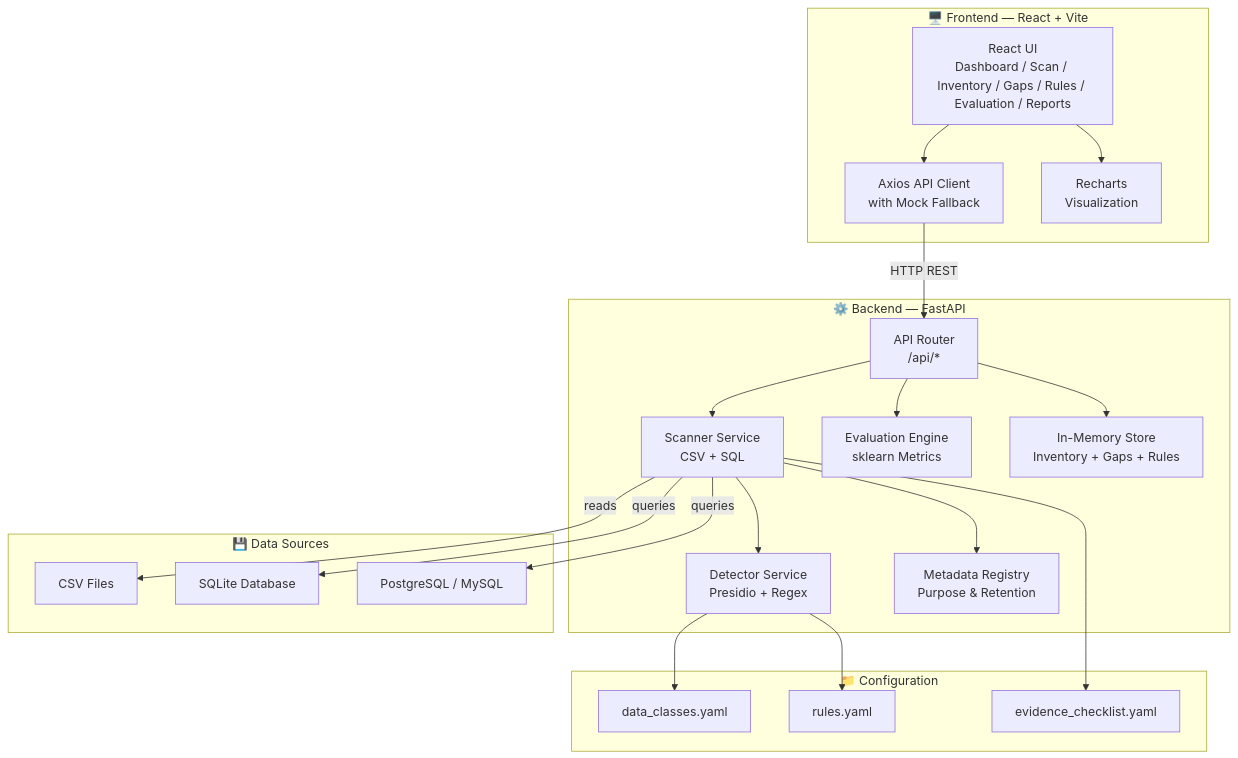
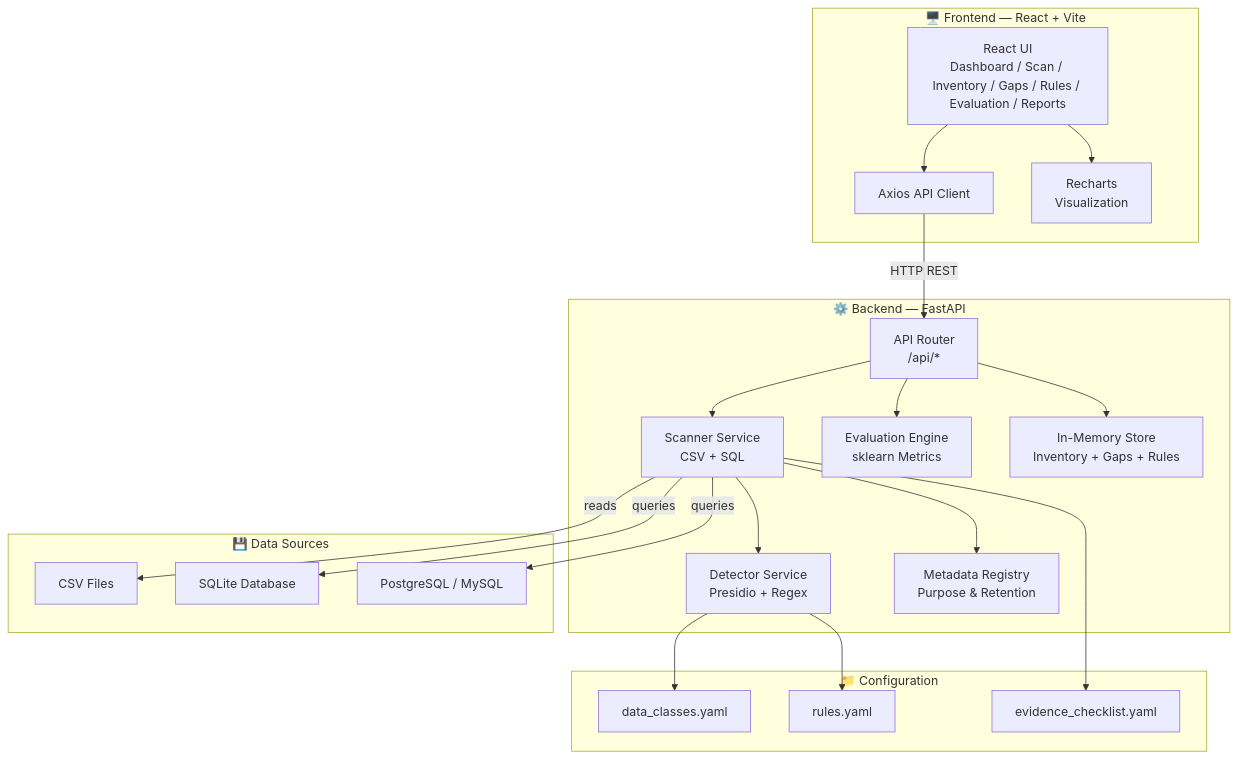
The first of 6 diagrams in README.md (aiori-hackathon/A3-PS019-TC210), drawn with Mermaid before and after one commit. The commit also changed other lines of this file, not shown here.

````diff
--- a/README.md
+++ b/README.md
@@ -143,44 +140,44 @@
 ```mermaid
 graph TB
     subgraph Frontend ["🖥️ Frontend — React + Vite"]
         UI[React UI<br/>Dashboard / Scan / Inventory / Gaps / Rules / Evaluation / Reports]
-        API_Client[Axios API Client<br/>with Mock Fallback]
+        API_Client[Axios API Client]
         Charts[Recharts<br/>Visualization]
     end
 
     subgraph Backend ["⚙️ Backend — FastAPI"]
         Router[API Router<br/>/api/*]
         Scanner[Scanner Service<br/>CSV + SQL]
         Detector[Detector Service<br/>Presidio + Regex]
         Registry[Metadata Registry<br/>Purpose & Retention]
         Evaluator[Evaluation Engine<br/>sklearn Metrics]
         Store[In-Memory Store<br/>Inventory + Gaps + Rules]
     end
 
     subgraph Config ["📁 Configuration"]
         DC[data_classes.yaml]
         Rules[rules.yaml]
         Checklist[evidence_checklist.yaml]
     end
 
     subgraph Data ["💾 Data Sources"]
         CSV[CSV Files]
         SQLite[SQLite Database]
         PG[PostgreSQL / MySQL]
     end
 
     UI --> API_Client
     API_Client -->|HTTP REST| Router
     Router --> Scanner
     Scanner --> Detector
     Scanner --> Registry
     Detector --> DC
     Detector --> Rules
     Scanner --> Checklist
     Router --> Evaluator
     Router --> Store
     Scanner -->|reads| CSV
     Scanner -->|queries| SQLite
     Scanner -->|queries| PG
     UI --> Charts
 ```
````
